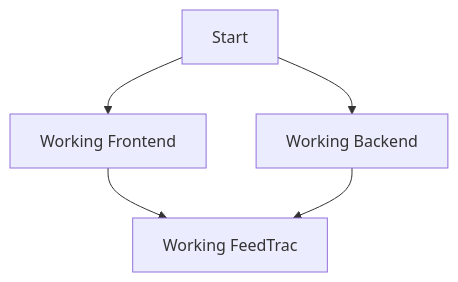
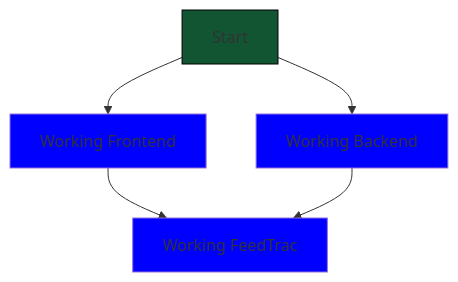
The diagram in Chart.md (OSmith132/FeedTrac), drawn with Mermaid before and after one commit. The commit also changed other lines of this file, not shown here.

Commit message:
Update Chart.md
Added Classes

````diff
--- a/Chart.md
+++ b/Chart.md
@@ -3,7 +8,18 @@
 ```mermaid
 graph TD;
+    classDef toBeDone fill:#00f
+    classDef completed fill:#153,stroke:#000
+    classDef halted fill:#f00
+    
+    A:::completed
+    B:::toBeDone
+    C:::toBeDone
+    D:::toBeDone
+    
     A[Start]-->B[Working Frontend];
     A-->C[Working Backend];
     B-->D;
     C-->D[Working FeedTrac];
+    
+    
 ```
````
